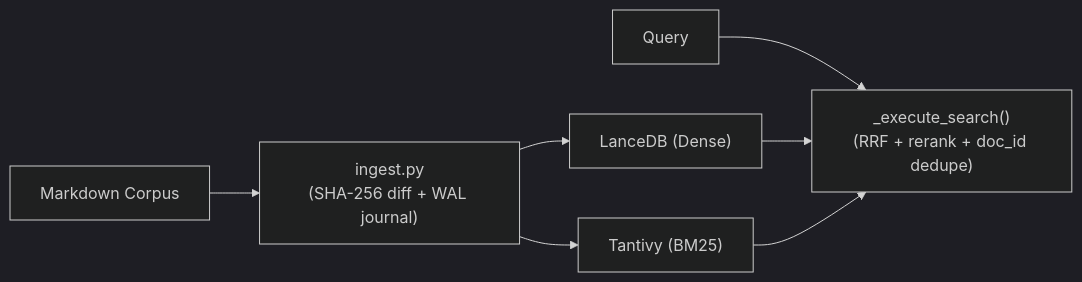
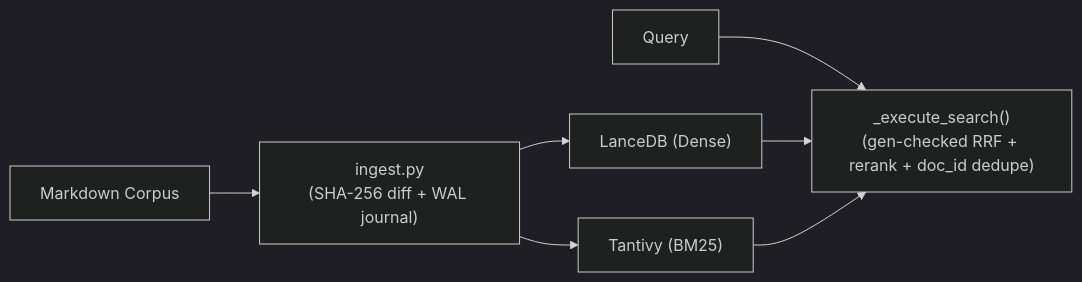
Before and after one commit to trevorgordon981/trevorgordon981: the second of 3 diagrams in README.md, drawn with Mermaid (dark theme). The commit also changed other lines of this file, not shown here.

````diff
--- a/README.md
+++ b/README.md
@@ -36,9 +36,9 @@
 ```mermaid
 flowchart LR
   Docs["Markdown Corpus"] --> Ingest["ingest.py\n(SHA-256 diff + WAL journal)"]
   Ingest --> V["LanceDB (Dense)"]
   Ingest --> B["Tantivy (BM25)"]
-  Q["Query"] --> S["_execute_search()\n(RRF + rerank + doc_id dedupe)"]
+  Q["Query"] --> S["_execute_search()\n(gen-checked RRF + rerank + doc_id dedupe)"]
   V --> S
   B --> S
 ```
````
